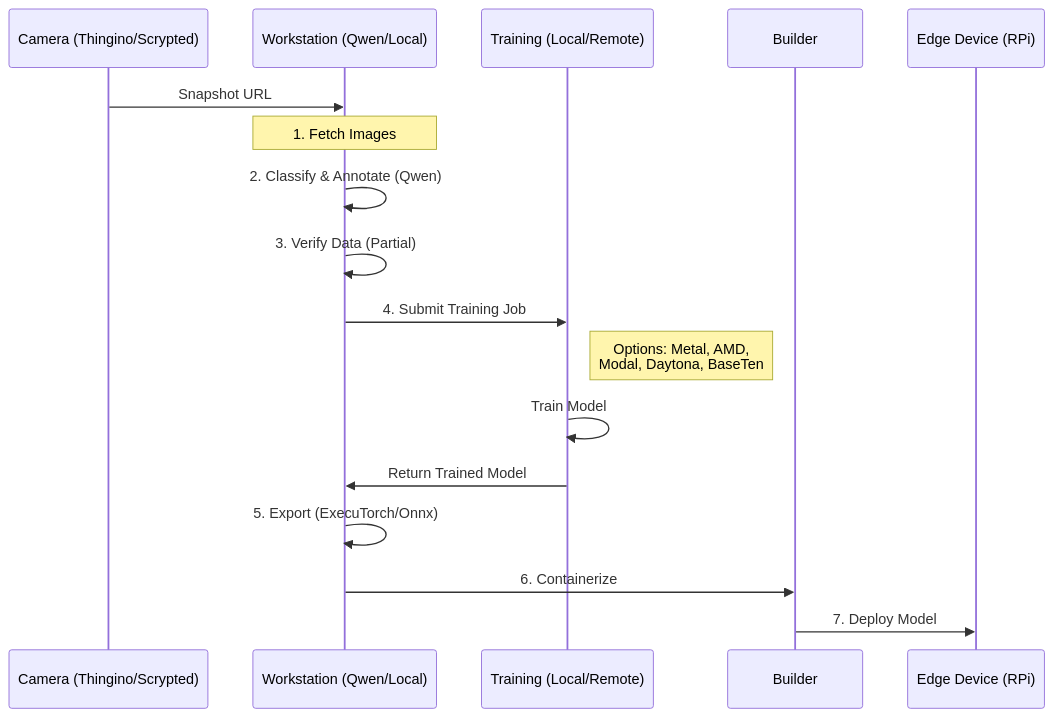
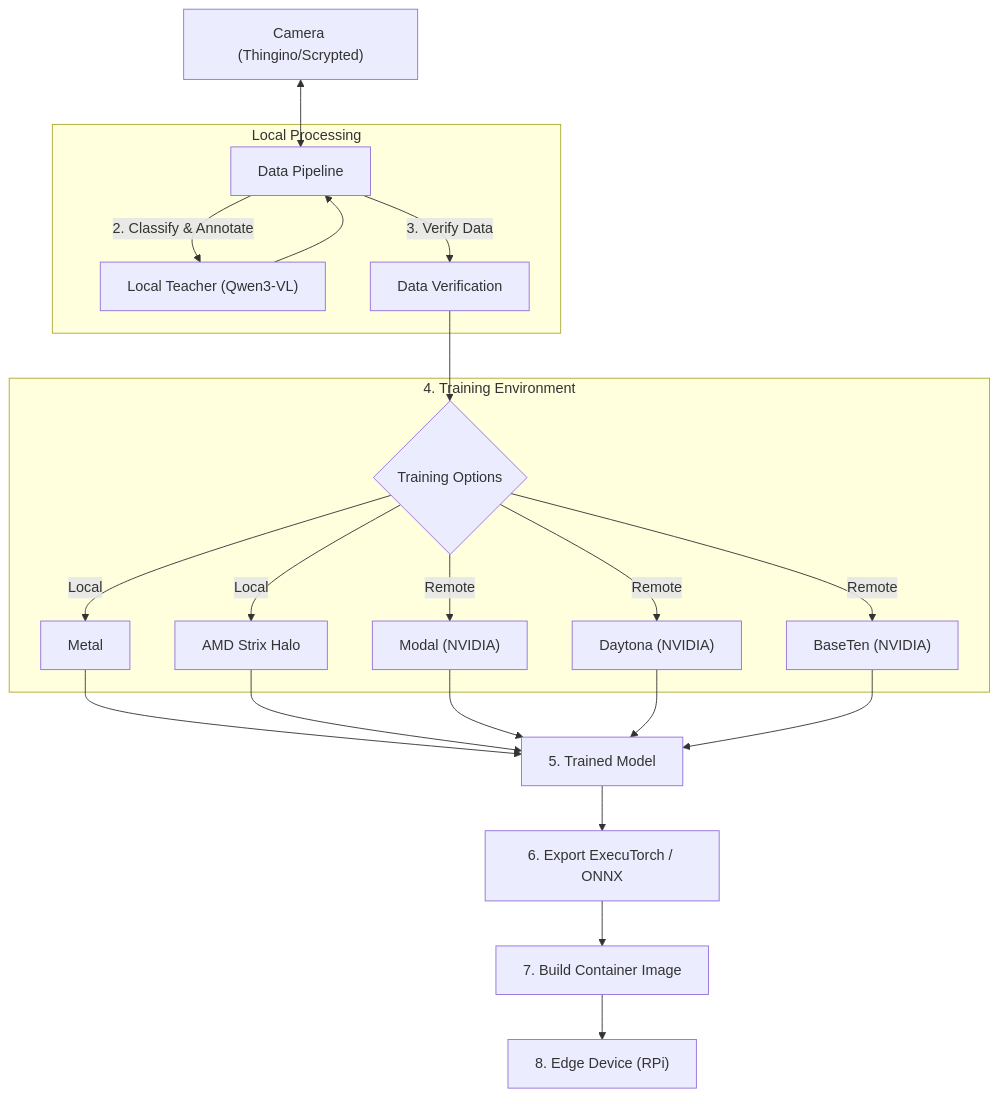
Before and after one commit to NickJLange/5l-labs.com: the diagram in blog-applied-home-ml-iot/2026-02-18-executorch.md, drawn with Mermaid. The commit also changed other lines of this file and 24 other files, not shown here.

````diff
--- a/blog-applied-home-ml-iot/2026-02-18-executorch.md
+++ b/blog-applied-home-ml-iot/2026-02-18-executorch.md
@@ -96,22 +97,30 @@
 ```mermaid
-sequenceDiagram
-    participant Cam as Camera (Thingino/Scrypted)
-    participant WS as Workstation (Qwen/Local)
-    participant Train as Training (Local/Remote)
-    participant Build as Builder
-    participant Edge as Edge Device (RPi)
-
-    Cam->>WS: Snapshot URL
-    Note over WS: 1. Fetch Images
-    WS->>WS: 2. Classify & Annotate (Qwen)
-    WS->>WS: 3. Verify Data (Partial)
+flowchart TD
+    Cam["Camera (Thingino/Scrypted)"] <--> WS["Data Pipeline"]
     
-    WS->>Train: 4. Submit Training Job
-    Note right of Train: Options: Metal, AMD,<br/>Modal, Daytona, BaseTen
-    Train->>Train: Train Model
-    Train->>WS: Return Trained Model
+    subgraph Local_Process [Local Processing]
+        WS -->|2. Classify & Annotate| Qwen["Local Teacher (Qwen3-VL)"]
+        Qwen --> WS
+        WS -->|3. Verify Data| Verify[Data Verification]
+    end
     
-    WS->>WS: 5. Export (ExecuTorch/Onnx)
-    WS->>Build: 6. Containerize
-    Build->>Edge: 7. Deploy Model
+    Verify --> Train{Training Options}
+    
+    subgraph Training_Env [4. Training Environment]
+        Train -->|Local| Metal[Metal]
+        Train -->|Local| Halo[AMD Strix Halo]
+        Train -->|Remote| Modal["Modal (NVIDIA)"]
+        Train -->|Remote| Daytona["Daytona (NVIDIA)"]
+        Train -->|Remote| BaseTen["BaseTen (NVIDIA)"]
+    end
+    
+    Metal --> Trained[5. Trained Model]
+    Halo --> Trained
+    Modal --> Trained
+    Daytona --> Trained
+    BaseTen --> Trained
+    
+    Trained --> Export[ 6. Export ExecuTorch / ONNX]
+    Export --> Build[7. Build Container Image]
+    Build --> Edge["8. Edge Device (RPi)"]
 ```
````
